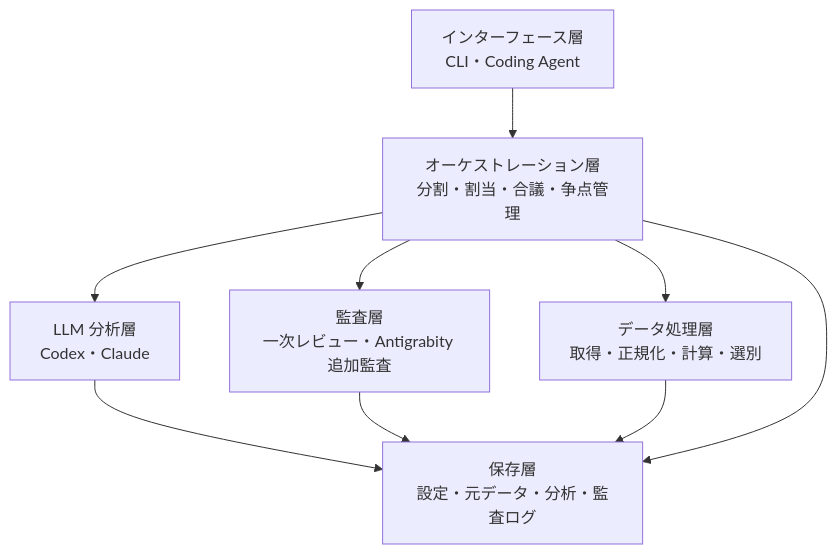
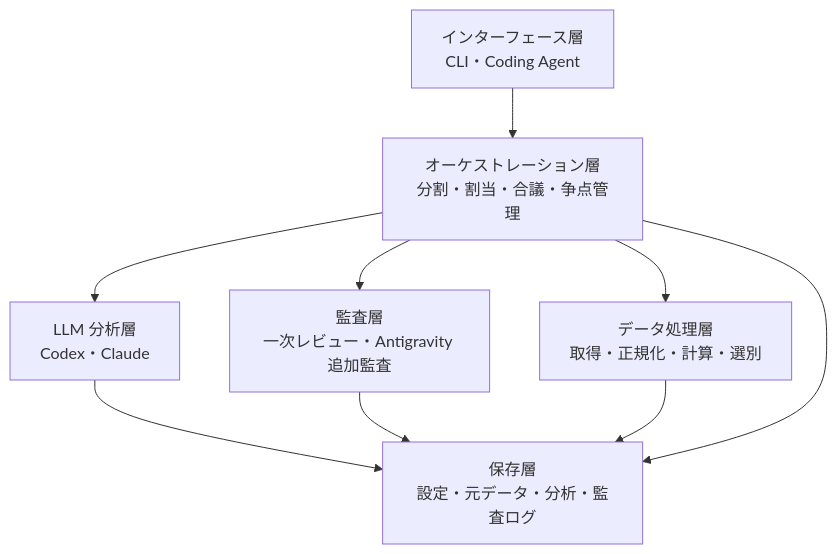
Before and after one commit to toike08D17012/system-trade-with-llm-orchestrator: the fourth of 7 diagrams in docs/design/02-stock-research-system-architecture.md, drawn with Mermaid. The commit also changed other lines of this file and 1 other file, not shown here.

Commit message:
docs: standardize Antigravity and reviewer policy

````diff
--- a/docs/design/02-stock-research-system-architecture.md
+++ b/docs/design/02-stock-research-system-architecture.md
@@ -351,18 +351,18 @@
 ```mermaid
 flowchart TB
     I["インターフェース層<br/>CLI・Coding Agent"]
     P["オーケストレーション層<br/>分割・割当・合議・争点管理"]
     L["LLM 分析層<br/>Codex・Claude"]
-    A["監査層<br/>一次レビュー・Antigrabity 追加監査"]
+    A["監査層<br/>一次レビュー・Antigravity 追加監査"]
     X["データ処理層<br/>取得・正規化・計算・選別"]
     T["保存層<br/>設定・元データ・分析・監査ログ"]
 
     I --> P
     P --> L
     P --> A
     P --> X
     L --> T
     A --> T
     X --> T
     P --> T
 ```
````
